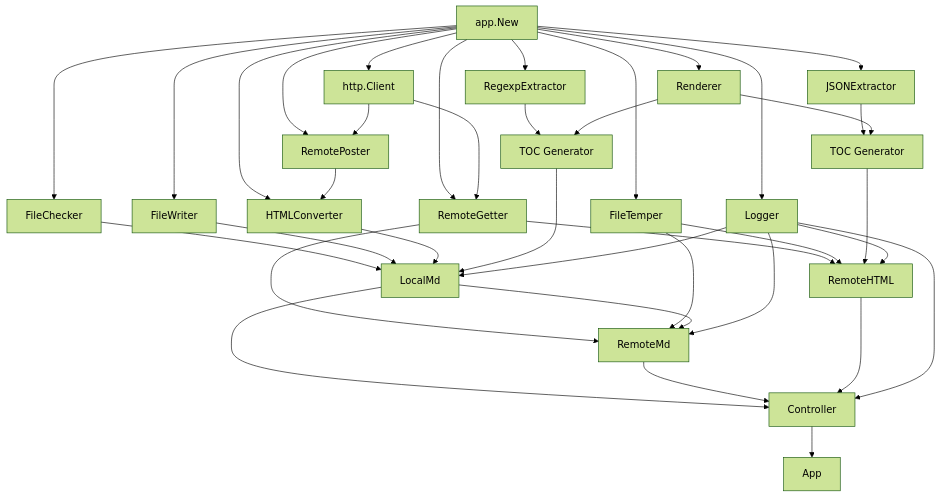
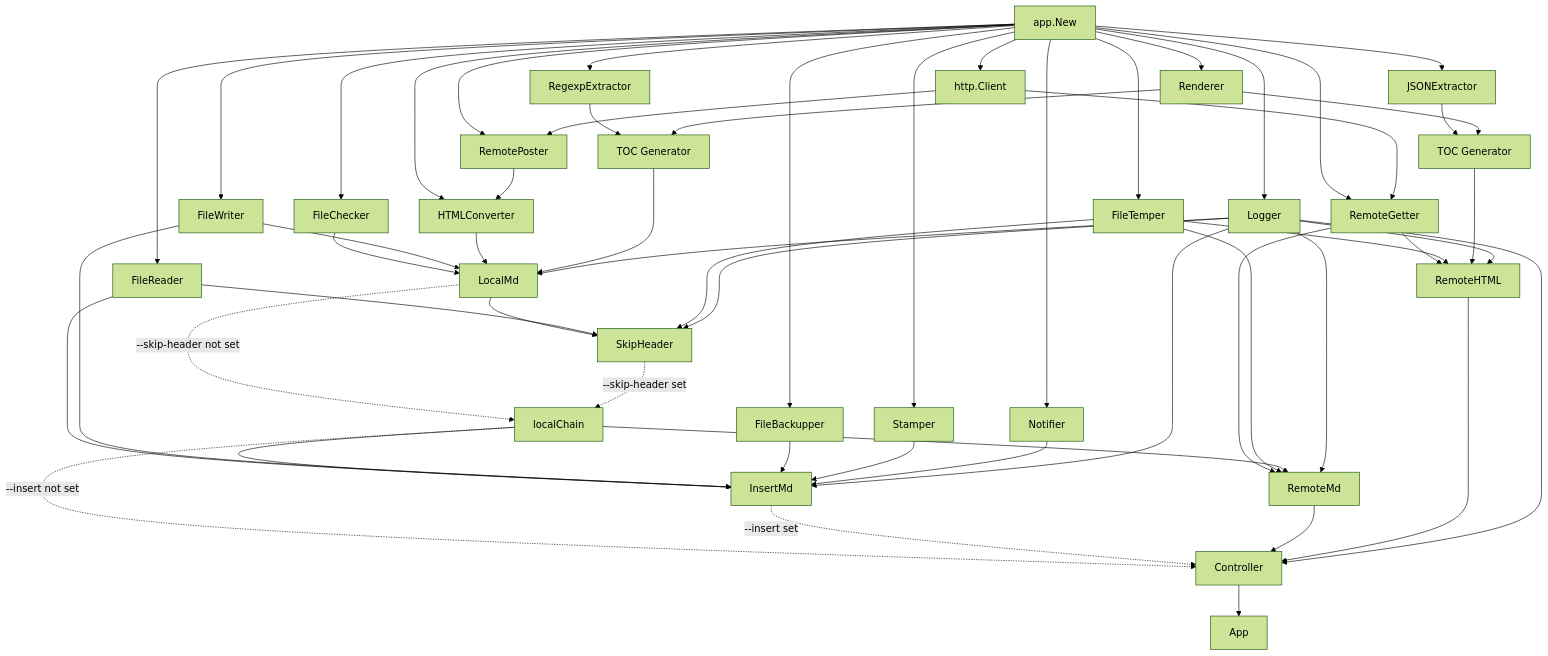
One commit to ekalinin/github-markdown-toc.go changed the second of 2 diagrams in ARCHITECTURE.md. Above: the diagram before and after it, drawn with Mermaid (forest theme). The commit also changed other lines of this file and 49 other files, not shown here.

````diff
--- a/ARCHITECTURE.md
+++ b/ARCHITECTURE.md
@@ -93,45 +96,66 @@
 ```mermaid
 flowchart TD
     AppNew[app.New] --> Logger
+    AppNew --> Notifier
     AppNew --> HTTPClient[http.Client]
     AppNew --> FileChecker
     AppNew --> FileWriter
+    AppNew --> FileReader
+    AppNew --> FileBackupper
+    AppNew --> Stamper
     AppNew --> FileTemper
     AppNew --> RemotePoster
     AppNew --> RemoteGetter
     AppNew --> HTMLConverter
     AppNew --> RegexpExtractor
     AppNew --> JSONExtractor
     AppNew --> Renderer
 
     HTTPClient --> RemotePoster
     HTTPClient --> RemoteGetter
     RemotePoster --> HTMLConverter
 
     RegexpExtractor --> RegexpGenerator[TOC Generator]
     JSONExtractor --> JSONGenerator[TOC Generator]
     Renderer --> RegexpGenerator
     Renderer --> JSONGenerator
 
     FileChecker --> LocalMd
     FileWriter --> LocalMd
     HTMLConverter --> LocalMd
     RegexpGenerator --> LocalMd
     Logger --> LocalMd
 
+    LocalMd --> SkipHeader
+    FileReader --> SkipHeader
+    FileTemper --> SkipHeader
+    Logger --> SkipHeader
+
+    LocalMd -.->|"--skip-header not set"| LocalChain[localChain]
+    SkipHeader -.->|"--skip-header set"| LocalChain
+
+    LocalChain --> InsertMd
+    FileReader --> InsertMd
+    FileWriter --> InsertMd
+    FileBackupper --> InsertMd
+    Stamper --> InsertMd
+    Notifier --> InsertMd
+    Logger --> InsertMd
+
     RemoteGetter --> RemoteMd
     FileTemper --> RemoteMd
-    LocalMd --> RemoteMd
+    LocalChain --> RemoteMd
     Logger --> RemoteMd
 
     RemoteGetter --> RemoteHTML
     FileTemper --> RemoteHTML
     JSONGenerator --> RemoteHTML
     Logger --> RemoteHTML
 
-    LocalMd --> Controller
+    LocalChain -.->|"--insert not set"| Controller
+    InsertMd -.->|"--insert set"| Controller
     RemoteMd --> Controller
     RemoteHTML --> Controller
     Logger --> Controller
     Controller --> App
 ```
````
